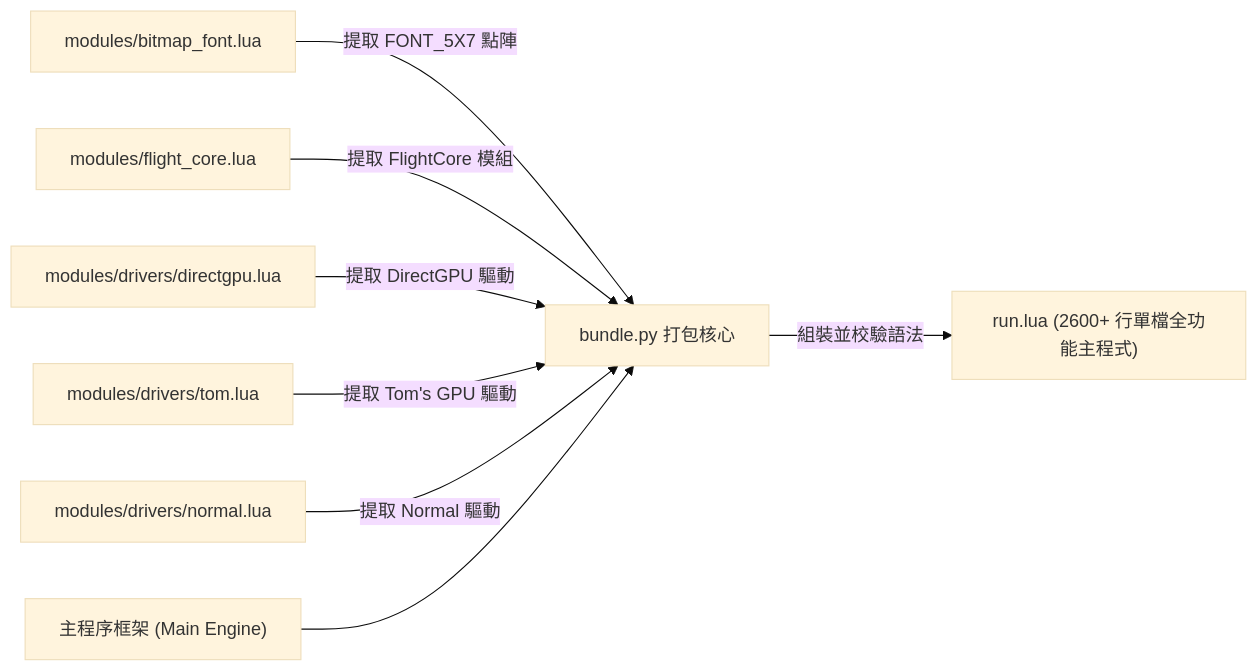
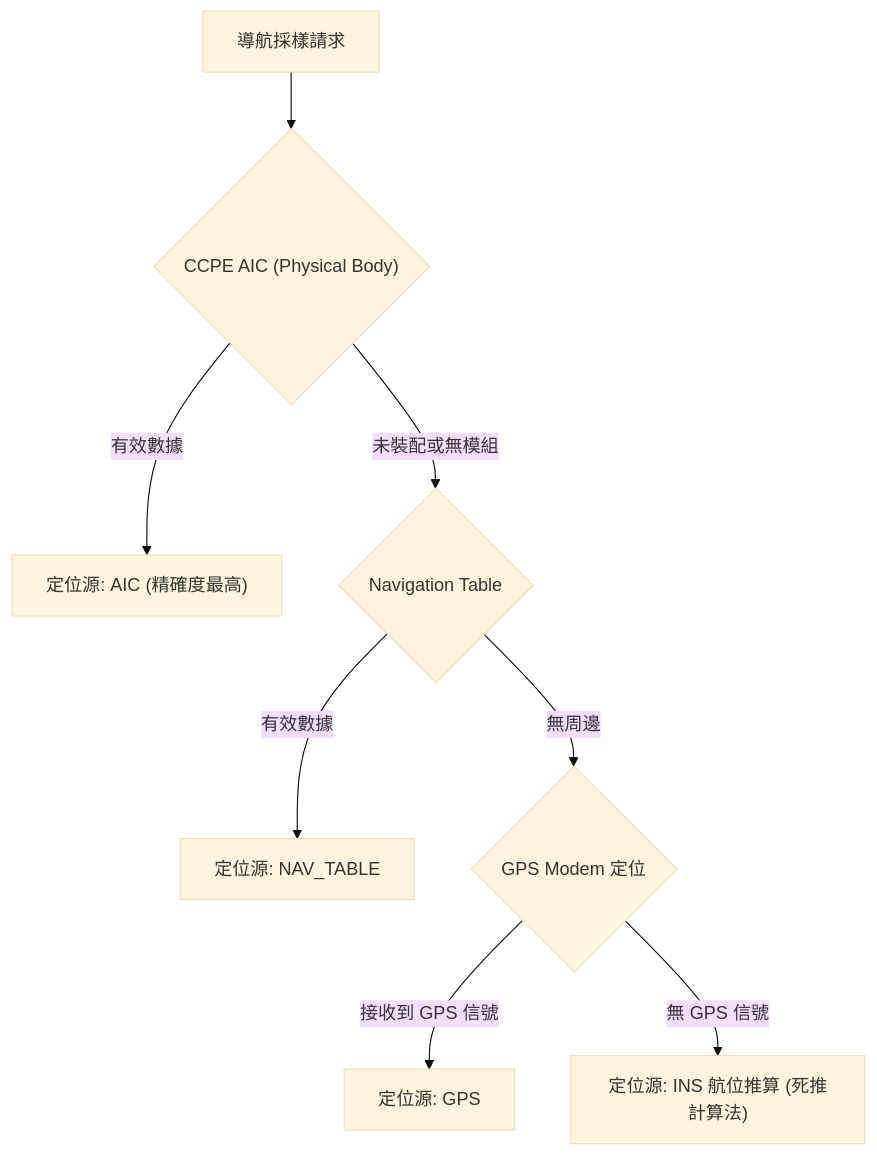
One commit to chiliasmstudio/CC-AeroAutoPilot changed the third of 4 diagrams in wiki.md. Above: the diagram before and after it, drawn with Mermaid (base theme). The commit also changed other lines of this file and 1 other file, not shown here.

Commit message:
docs: update wiki and readme with distributed 3-tier architecture, ccpe navigation, full propulsion, hardware inventory, and ota

````diff
--- a/wiki.md
+++ b/wiki.md
@@ -280,10 +217,10 @@
 ```mermaid
-flowchart LR
-    A["modules/bitmap_font.lua"] -->|提取 FONT_5X7 點陣| B["bundle.py 打包核心"]
-    C["modules/flight_core.lua"] -->|提取 FlightCore 模組| B
-    D["modules/drivers/directgpu.lua"] -->|提取 DirectGPU 驅動| B
-    E["modules/drivers/tom.lua"] -->|提取 Tom's GPU 驅動| B
-    F["modules/drivers/normal.lua"] -->|提取 Normal 驅動| B
-    G["主程序框架 (Main Engine)"] --> B
-    B -->|組裝並校驗語法| H["run.lua (2600+ 行單檔全功能主程式)"]
+graph TD
+    A["導航採樣請求"] --> B{"CCPE AIC (Physical Body)"}
+    B -->|有效數據| B1["定位源: AIC (精確度最高)"]
+    B -->|未裝配或無模組| C{"Navigation Table"}
+    C -->|有效數據| C1["定位源: NAV_TABLE"]
+    C -->|無周邊| D{"GPS Modem 定位"}
+    D -->|接收到 GPS 信號| D1["定位源: GPS"]
+    D -->|無 GPS 信號| E["定位源: INS 航位推算 (死推計算法)"]
 ```
````
